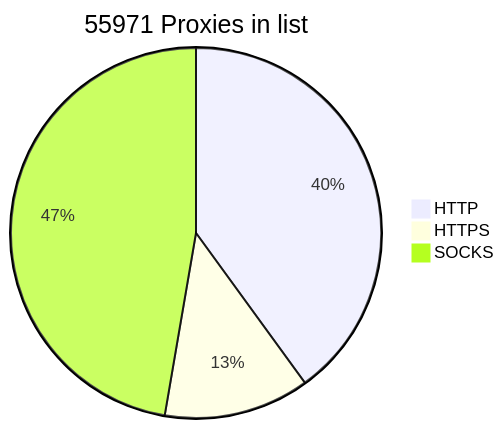
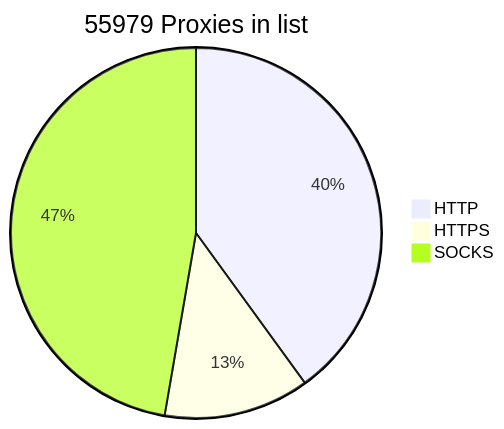
The diagram in README.md (BlackSnowDot/proxylist-update-every-minute), drawn with Mermaid before and after one commit.

````diff
--- a/README.md
+++ b/README.md
@@ -2,6 +2,6 @@
 ```mermaid
-pie title 55971 Proxies in list
-    "HTTP" : 25092
-    "HTTPS": 7975
+pie title 55979 Proxies in list
+    "HTTP" : 25101
+    "HTTPS": 7977
     "SOCKS" : 29672
 ```
````
